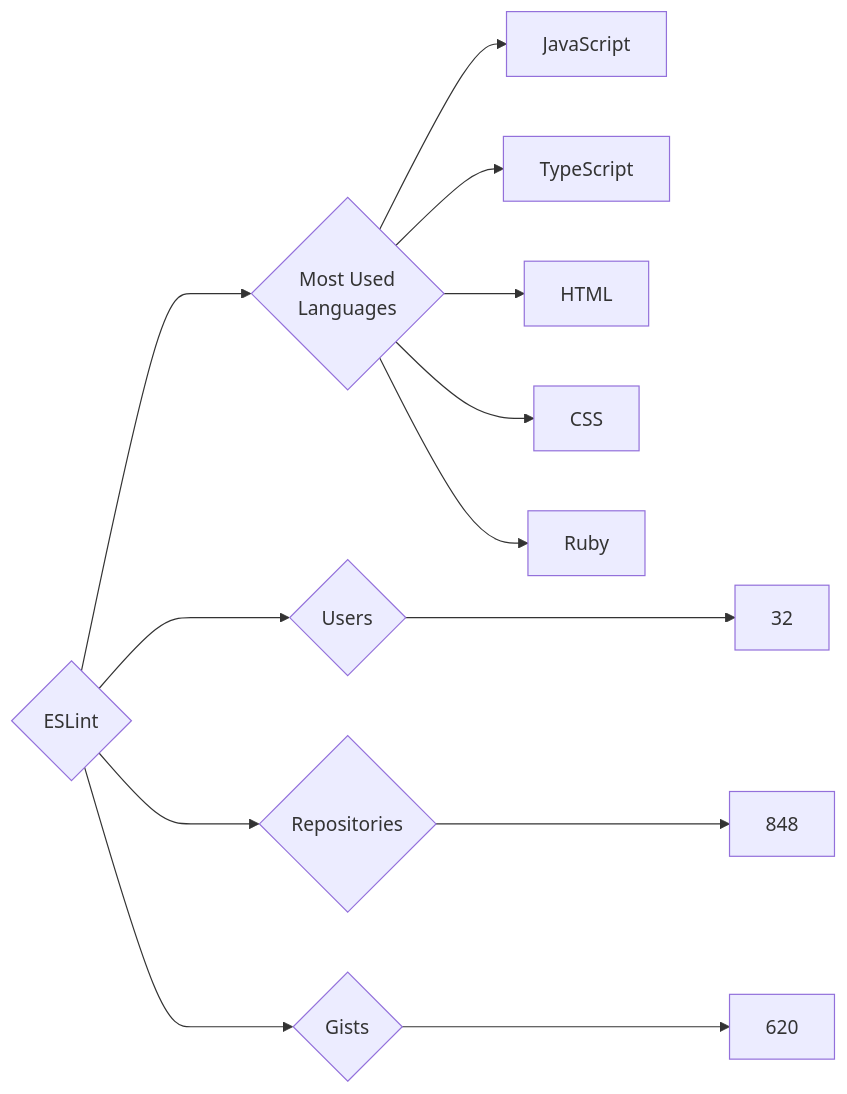
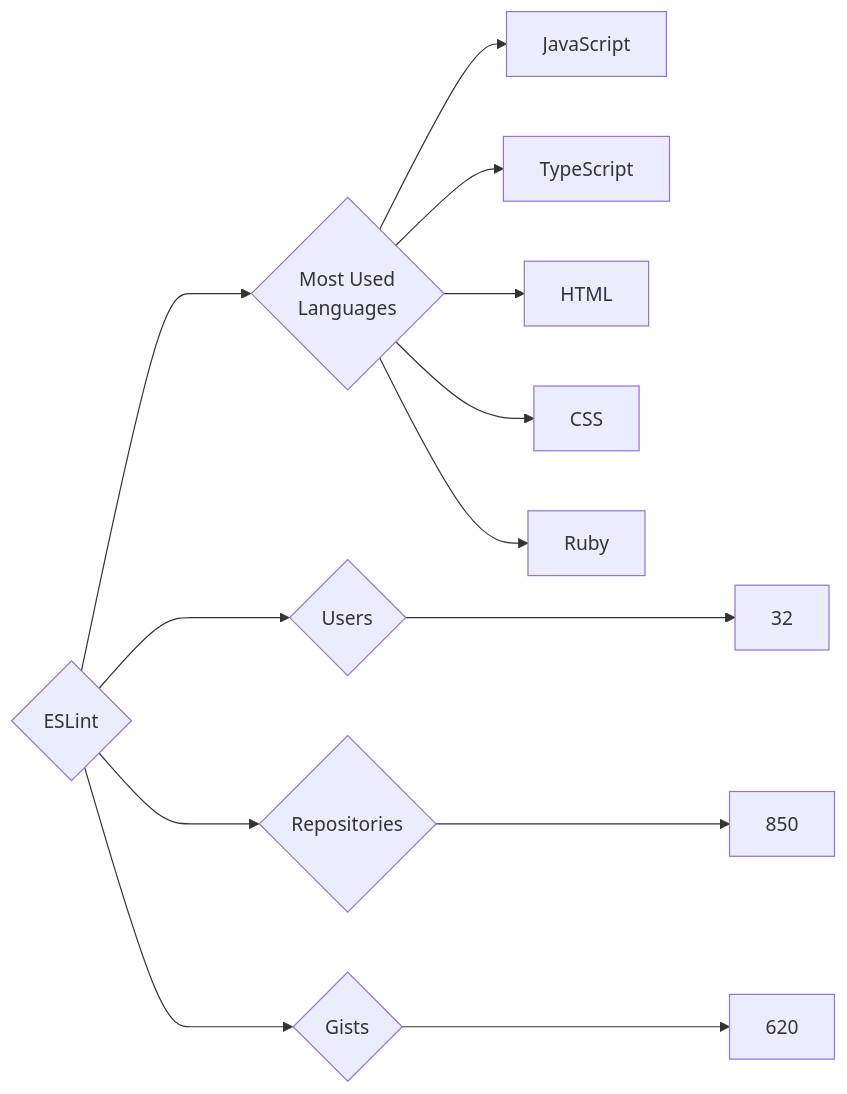
One commit to trickest/insiders changed the diagram in targets/ESLint/README.md. Above: the diagram before and after it, drawn with Mermaid. The commit also changed 782 other files, not shown here.

````diff
--- a/targets/ESLint/README.md
+++ b/targets/ESLint/README.md
@@ -3,13 +3,13 @@
 ```mermaid
 graph LR
 COMPANY_NAME{ESLint}
 COMPANY_NAME ---> U{Users} ---> UN[32]
-COMPANY_NAME ---> R{Repositories} ---> RN[848]
+COMPANY_NAME ---> R{Repositories} ---> RN[850]
 COMPANY_NAME ---> G{Gists} ---> GN[620]
 COMPANY_NAME ---> ML{Most Used<br>Languages}
 ML --> JavaScript[JavaScript]
 ML --> TypeScript[TypeScript]
 ML --> HTML[HTML]
 ML --> CSS[CSS]
 ML --> Ruby[Ruby]
 ```
````
